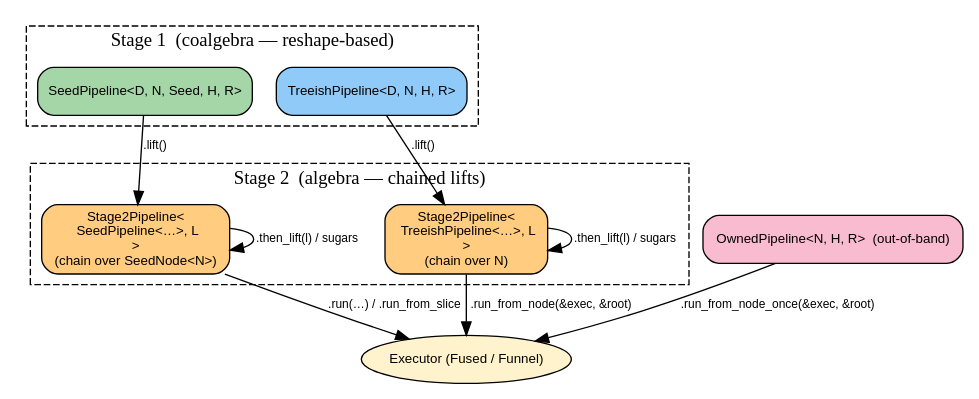
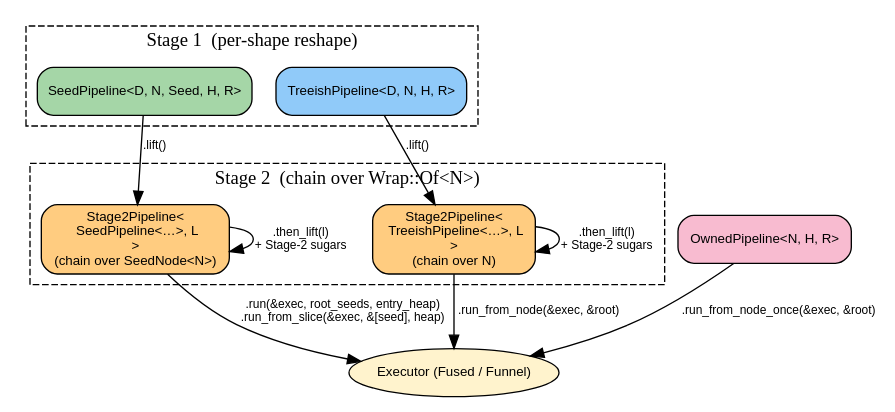
One commit to hylic-recursion/hylic-docs changed the diagram in book/src/pipeline/overview.md. Above: the diagram before and after it, drawn with Graphviz. The commit also changed other lines of this file and 7 other files, not shown here.

````diff
--- a/book/src/pipeline/overview.md
+++ b/book/src/pipeline/overview.md
@@ -19,33 +21,33 @@
 ```dot process
 digraph {
     rankdir=TB;
     node [shape=box, style="rounded,filled", fontname="sans-serif", fontsize=10];
     edge [fontname="sans-serif", fontsize=9];
 
     subgraph cluster_s1 {
-        label="Stage 1  (coalgebra — reshape-based)";
+        label="Stage 1  (per-shape reshape)";
         style=dashed; color="#888";
         sp [label="SeedPipeline<D, N, Seed, H, R>", fillcolor="#a5d6a7"];
         tp [label="TreeishPipeline<D, N, H, R>",    fillcolor="#90caf9"];
     }
 
     subgraph cluster_s2 {
-        label="Stage 2  (algebra — chained lifts)";
+        label="Stage 2  (chain over Wrap::Of<N>)";
         style=dashed; color="#888";
         lsp [label="Stage2Pipeline<\n  SeedPipeline<…>, L\n>\n(chain over SeedNode<N>)", fillcolor="#ffcc80"];
         lp  [label="Stage2Pipeline<\n  TreeishPipeline<…>, L\n>\n(chain over N)",        fillcolor="#ffcc80"];
     }
 
-    ob [label="OwnedPipeline<N, H, R>  (out-of-band)", fillcolor="#f8bbd0"];
+    ob [label="OwnedPipeline<N, H, R>", fillcolor="#f8bbd0"];
 
     sp -> lsp [label=".lift()"];
     tp -> lp  [label=".lift()"];
-    lsp -> lsp [label=".then_lift(l) / sugars"];
-    lp  -> lp  [label=".then_lift(l) / sugars"];
+    lsp -> lsp [label=".then_lift(l)\n+ Stage-2 sugars"];
+    lp  -> lp  [label=".then_lift(l)\n+ Stage-2 sugars"];
 
     exec [label="Executor (Fused / Funnel)", shape=ellipse, fillcolor="#fff3cd"];
-    lsp -> exec [label=".run(…) / .run_from_slice"];
+    lsp -> exec [label=".run(&exec, root_seeds, entry_heap)\n.run_from_slice(&exec, &[seed], heap)"];
     lp  -> exec [label=".run_from_node(&exec, &root)"];
     ob  -> exec [label=".run_from_node_once(&exec, &root)"];
 }
 ```
````
